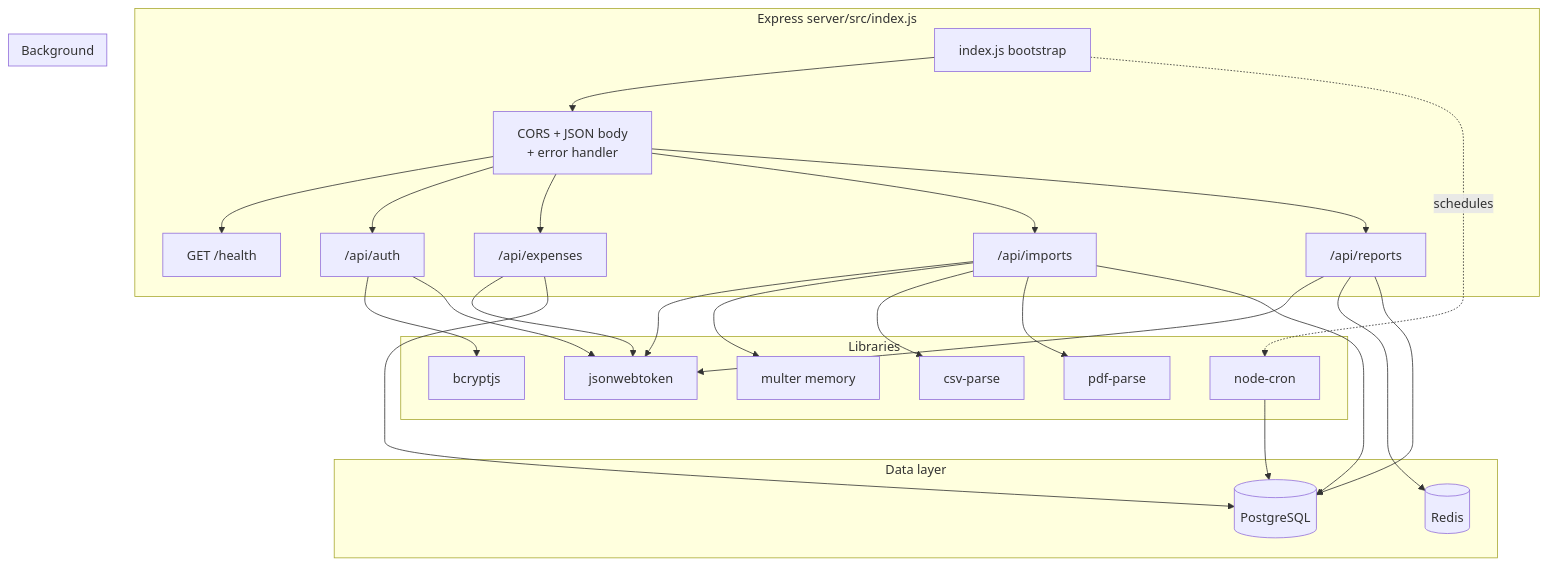
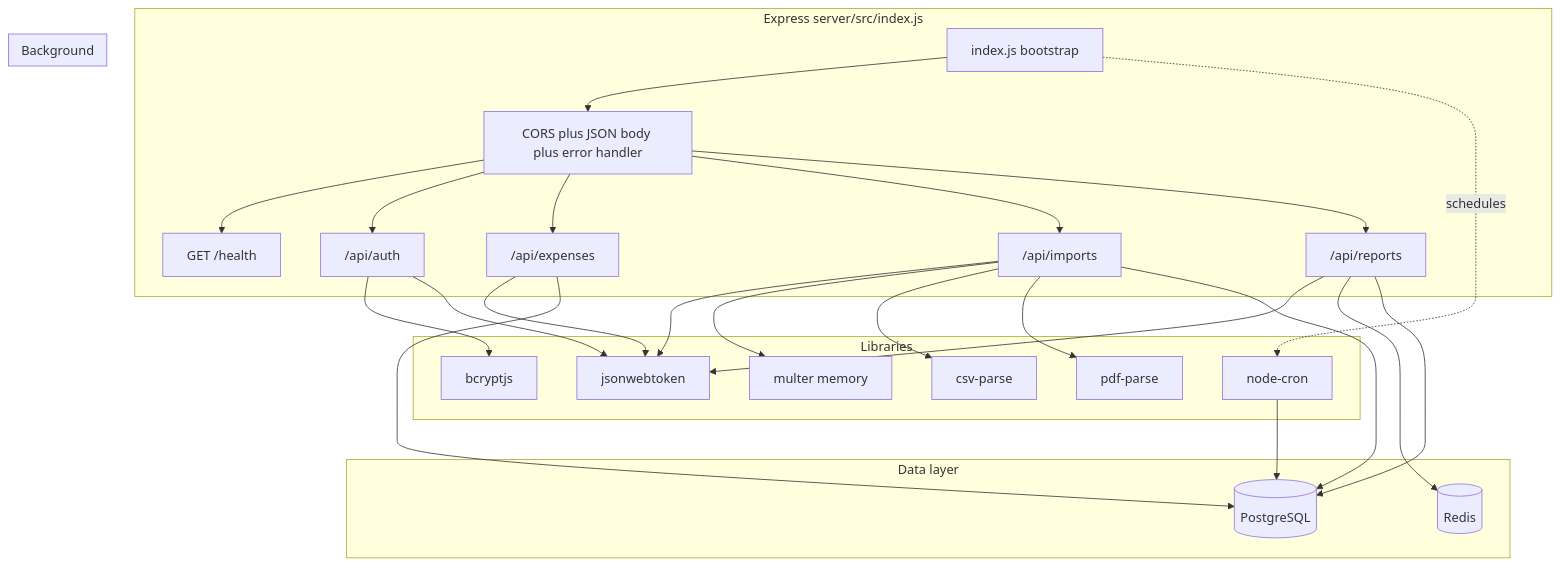
Before and after one commit to becomeonewiththecode/expense_tracker: the sixth of 10 diagrams in docs/ARCHITECTURE_DIAGRAM.md, drawn with Mermaid. The commit also changed other lines of this file and 6 other files, not shown here.

````diff
--- a/docs/ARCHITECTURE_DIAGRAM.md
+++ b/docs/ARCHITECTURE_DIAGRAM.md
@@ -144,51 +150,51 @@
 ```mermaid
 flowchart TB
   subgraph api [Express server/src/index.js]
     BOOT[index.js bootstrap]
-    MW[CORS + JSON body<br/>+ error handler]
+    MW[CORS plus JSON body plus error handler]
     R0["GET /health"]
     R1["/api/auth"]
     R2["/api/expenses"]
     R3["/api/imports"]
     R4["/api/reports"]
     BOOT --> MW
     MW --> R0
     MW --> R1
     MW --> R2
     MW --> R3
     MW --> R4
   end
 
   subgraph libs [Libraries]
     JWT[jsonwebtoken]
     BC[bcryptjs]
     MP[multer memory]
     CSV[csv-parse]
     PDF[pdf-parse]
     CC[node-cron]
   end
 
   subgraph data [Data layer]
     PG[(PostgreSQL)]
     RDX[(Redis)]
   end
 
   R1 --> BC
   R1 --> JWT
   R2 --> JWT
   R3 --> JWT
   R3 --> MP
   R3 --> CSV
   R3 --> PDF
   R4 --> JWT
   R4 --> RDX
   R2 --> PG
   R3 --> PG
   R4 --> PG
 
   subgraph job [Background]
     CC --> PG
   end
 
   BOOT -.->|schedules| CC
 ```
````
